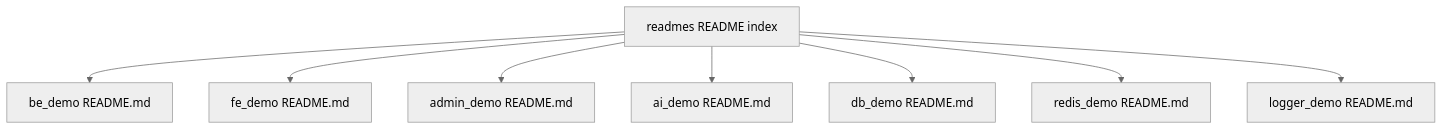
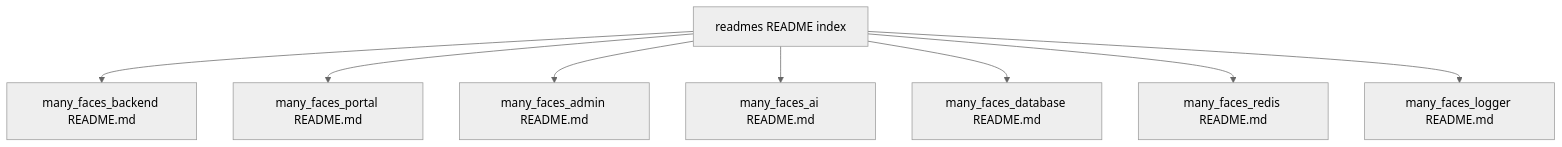
One commit to 01laky/mfai_demo changed the diagram in docs/readmes/README.md. Above: the diagram before and after it, drawn with Mermaid (neutral theme). The commit also changed other lines of this file and 56 other files, not shown here.

First line of the commit message:
chore: rename submodule directories to many_faces_* paths

````diff
--- a/docs/readmes/README.md
+++ b/docs/readmes/README.md
@@ -17,18 +17,18 @@
 ```mermaid
 flowchart TB
   Idx[readmes README index]
-  BE[be_demo README.md]
-  FE[fe_demo README.md]
-  AD[admin_demo README.md]
-  AI[ai_demo README.md]
-  DB[db_demo README.md]
-  RD[redis_demo README.md]
-  LG[logger_demo README.md]
+  BE[many_faces_backend README.md]
+  FE[many_faces_portal README.md]
+  AD[many_faces_admin README.md]
+  AI[many_faces_ai README.md]
+  DB[many_faces_database README.md]
+  RD[many_faces_redis README.md]
+  LG[many_faces_logger README.md]
   Idx --> BE
   Idx --> FE
   Idx --> AD
   Idx --> AI
   Idx --> DB
   Idx --> RD
   Idx --> LG
 ```
````
